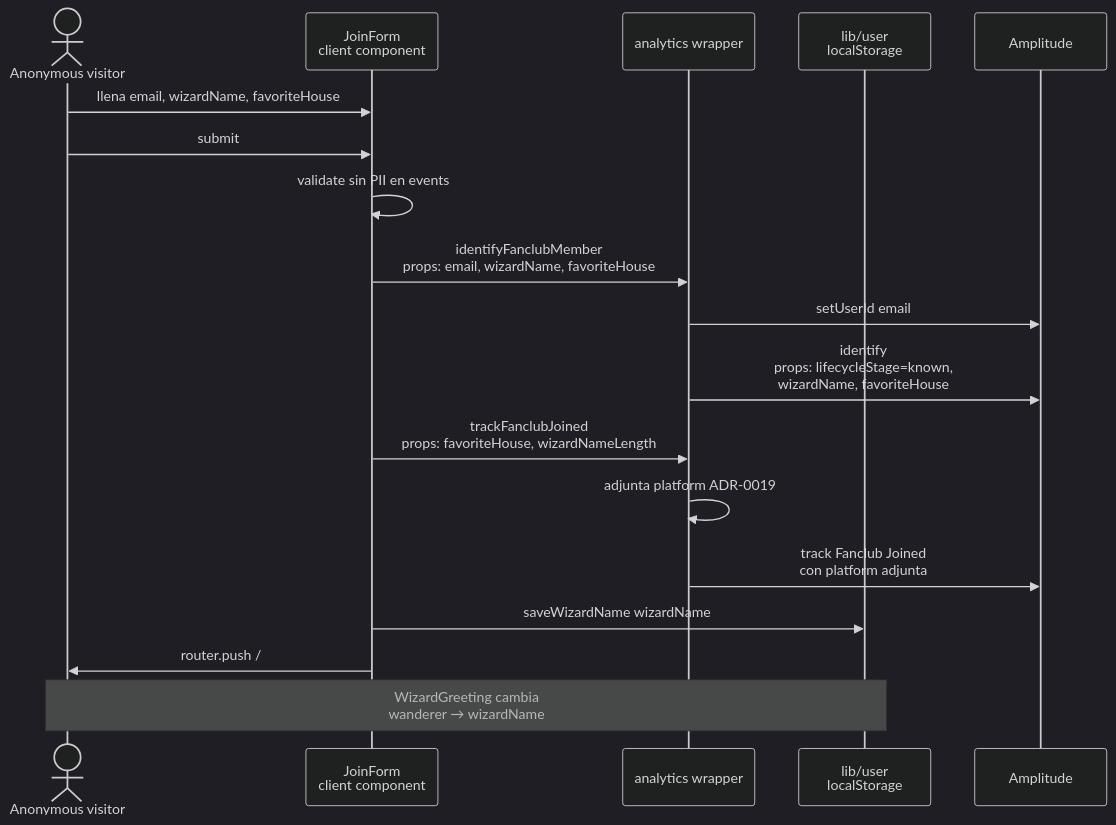
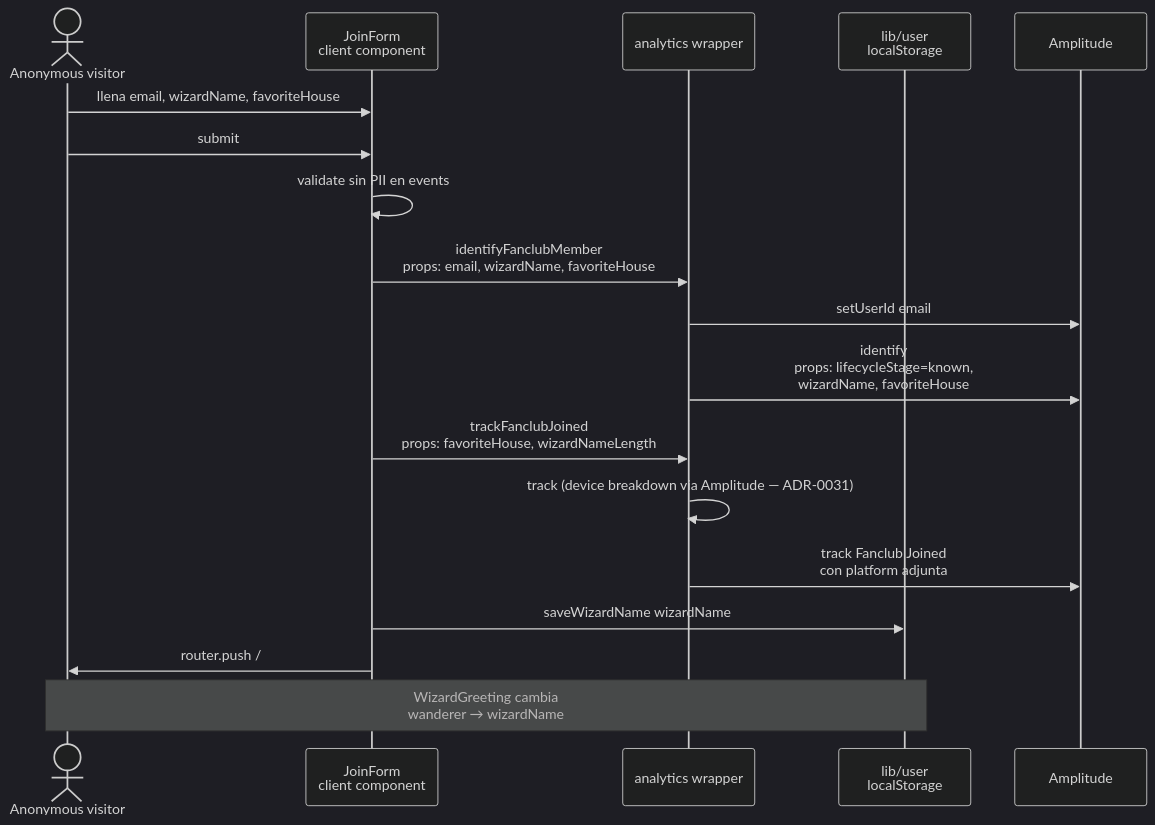
Before and after one commit to PKerty/wizard-hub: the second of 2 diagrams in docs/diagrams/lld-amplitude-flow.md, drawn with Mermaid (dark theme). The commit also changed other lines of this file and 11 other files, not shown here.

First line of the commit message:
refactor(analytics): drop custom platform property — use Amplitude native device properties (ADR-0031)

````diff
--- a/docs/diagrams/lld-amplitude-flow.md
+++ b/docs/diagrams/lld-amplitude-flow.md
@@ -25,21 +25,21 @@
 ```mermaid
 sequenceDiagram
     actor U as Anonymous visitor
     participant F as JoinForm<br/>client component
     participant W as analytics wrapper
     participant L as lib/user<br/>localStorage
     participant AM as Amplitude
 
     U->>F: llena email, wizardName, favoriteHouse
     U->>F: submit
     F->>F: validate sin PII en events
     F->>W: identifyFanclubMember<br/>props: email, wizardName, favoriteHouse
     W->>AM: setUserId email
     W->>AM: identify<br/>props: lifecycleStage=known,<br/>wizardName, favoriteHouse
     F->>W: trackFanclubJoined<br/>props: favoriteHouse, wizardNameLength
-    W->>W: adjunta platform ADR-0019
+    W->>W: track (device breakdown via Amplitude — ADR-0031)
     W->>AM: track Fanclub Joined<br/>con platform adjunta
     F->>L: saveWizardName wizardName
     F->>U: router.push /
     Note over U,L: WizardGreeting cambia<br/>wanderer → wizardName
 ```
````
